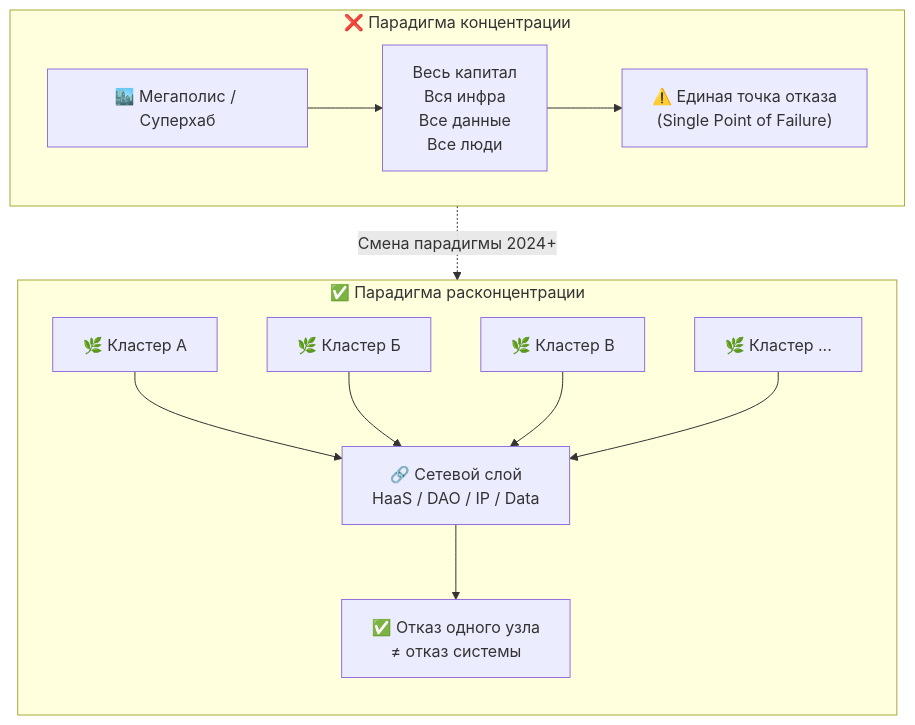
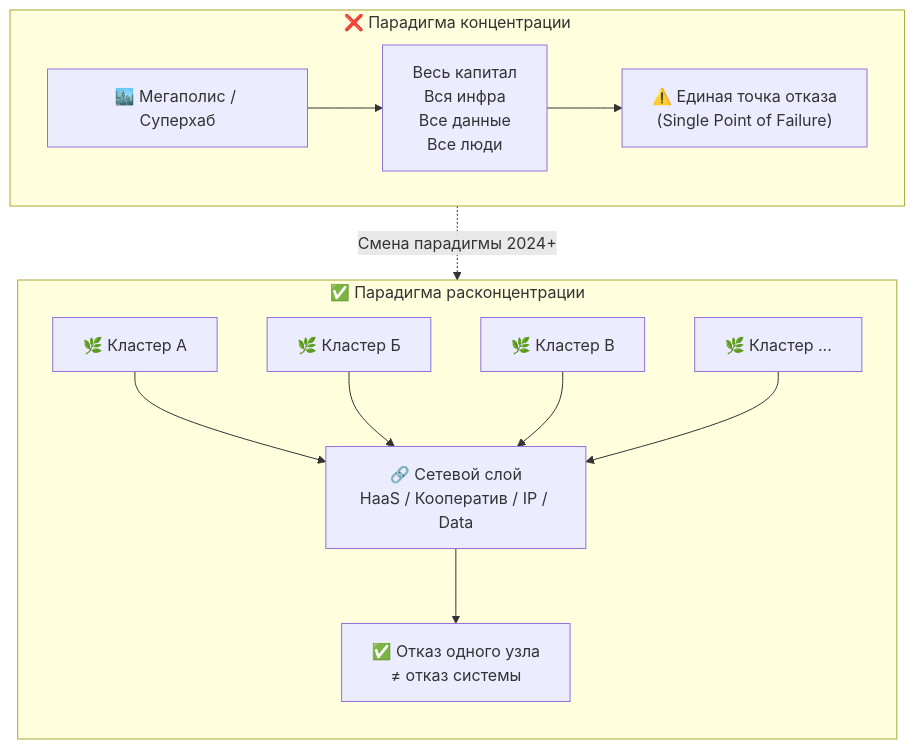
Before and after one commit to NeuroLoft/NEURO-ESTATE: the first of 7 diagrams in ТЭО_Родовое_Поместье_Кейс/ТЭО_Родовое_Поместье_Раздел_3_Описание_концепции.md, drawn with Mermaid. The commit also changed other lines of this file and 33 other files, not shown here.

````diff
--- a/ТЭО_Родовое_Поместье_Кейс/ТЭО_Родовое_Поместье_Раздел_3_Описание_концепции.md
+++ b/ТЭО_Родовое_Поместье_Кейс/ТЭО_Родовое_Поместье_Раздел_3_Описание_концепции.md
@@ -22,17 +22,17 @@
 ```mermaid
 flowchart TB
     subgraph СТАРАЯ["❌ Парадигма концентрации"]
         direction LR
         C1["🏙️ Мегаполис / Суперхаб"]
         C2["Весь капитал\nВся инфра\nВсе данные\nВсе люди"]
         C3["⚠️ Единая точка отказа\n(Single Point of Failure)"]
         C1 --> C2 --> C3
     end
     subgraph НОВАЯ["✅ Парадигма расконцентрации"]
         direction TB
         N1["🌿 Кластер А"] & N2["🌿 Кластер Б"] & N3["🌿 Кластер В"] & N4["🌿 Кластер ..."] --> MESH
-        MESH["🔗 Сетевой слой\nHaaS / DAO / IP / Data"]
+        MESH["🔗 Сетевой слой\nHaaS / Кооператив / IP / Data"]
         MESH --> RES["✅ Отказ одного узла\n≠ отказ системы"]
     end
     СТАРАЯ -.->|"Смена парадигмы 2024+"| НОВАЯ
 ```
````
